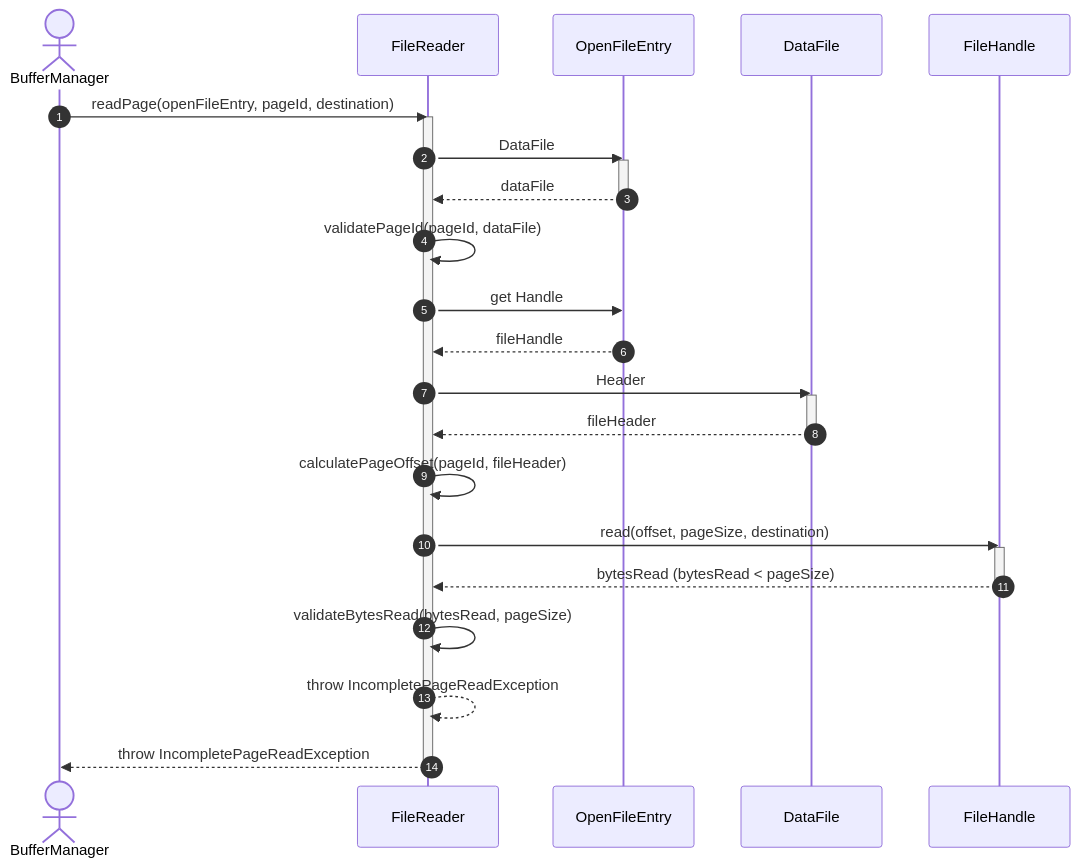
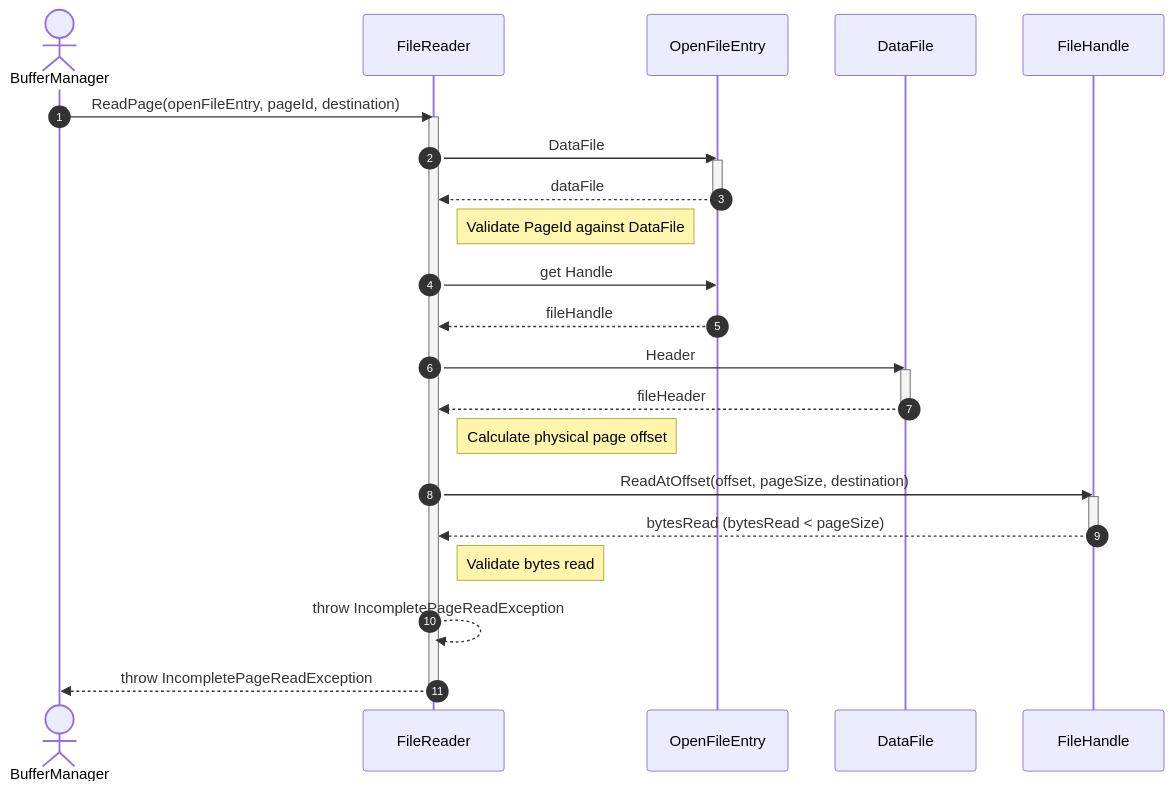
One commit to manaxpow/DBMS changed the third of 4 diagrams in docs/diagrams/sequence-diagrams/storage-engine/file-management/file-io/read-file.md. Above: the diagram before and after it, drawn with Mermaid. The commit also changed other lines of this file and 98 other files, not shown here.

````diff
--- a/docs/diagrams/sequence-diagrams/storage-engine/file-management/file-io/read-file.md
+++ b/docs/diagrams/sequence-diagrams/storage-engine/file-management/file-io/read-file.md
@@ -79,40 +79,40 @@
 ```mermaid
 sequenceDiagram
     autonumber
     actor BM as BufferManager
     participant FR as FileReader
     participant OE as OpenFileEntry
     participant DF as DataFile
     participant FH as FileHandle
 
-    BM->>FR: readPage(openFileEntry, pageId, destination)
+    BM->>FR: ReadPage(openFileEntry, pageId, destination)
     activate FR
     
     FR->>OE: DataFile
     activate OE
     OE-->>FR: dataFile
     deactivate OE
     
-    FR->>FR: validatePageId(pageId, dataFile)
+    note right of FR: Validate PageId against DataFile
     
     FR->>OE: get Handle
     OE-->>FR: fileHandle
     
     FR->>DF: Header
     activate DF
     DF-->>FR: fileHeader
     deactivate DF
     
-    FR->>FR: calculatePageOffset(pageId, fileHeader)
+    note right of FR: Calculate physical page offset
     
-    FR->>FH: read(offset, pageSize, destination)
+    FR->>FH: ReadAtOffset(offset, pageSize, destination)
     activate FH
     FH-->>FR: bytesRead (bytesRead < pageSize)
     deactivate FH
     
-    FR->>FR: validateBytesRead(bytesRead, pageSize)
+    note right of FR: Validate bytes read
     FR-->>FR: throw IncompletePageReadException
     
     FR-->>BM: throw IncompletePageReadException
     deactivate FR
 ```
````
